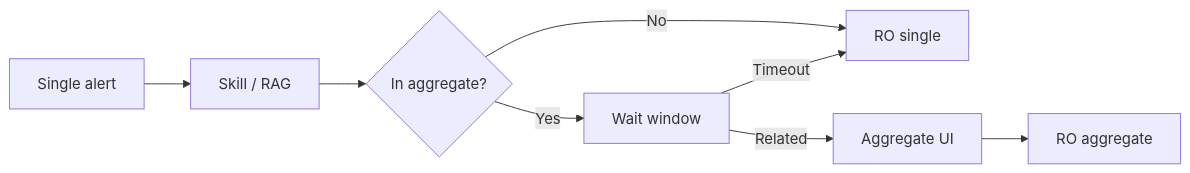
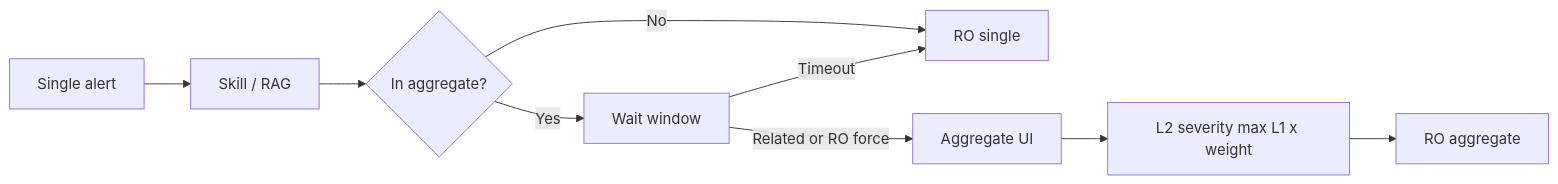
One commit to hxyan2020/PRD changed diagram 14 of 14 in platform/docs/USER_GUIDE.md. Above: the diagram before and after it, drawn with Mermaid. The commit also changed other lines of this file and 17 other files, not shown here.

First line of the commit message:
Document recent FR-39/40 and threshold-flow demos in EN+zh-Hant

````diff
--- a/platform/docs/USER_GUIDE.md
+++ b/platform/docs/USER_GUIDE.md
@@ -802,10 +805,11 @@
 ```mermaid
 flowchart LR
   A[Single alert] --> B[Skill / RAG]
   B --> C{In aggregate?}
   C -->|No| D[RO single]
   C -->|Yes| E[Wait window]
   E -->|Timeout| D
-  E -->|Related| F[Aggregate UI]
-  F --> G[RO aggregate]
+  E -->|Related or RO force| F[Aggregate UI]
+  F --> S[L2 severity max L1 x weight]
+  S --> G[RO aggregate]
 ```
````
